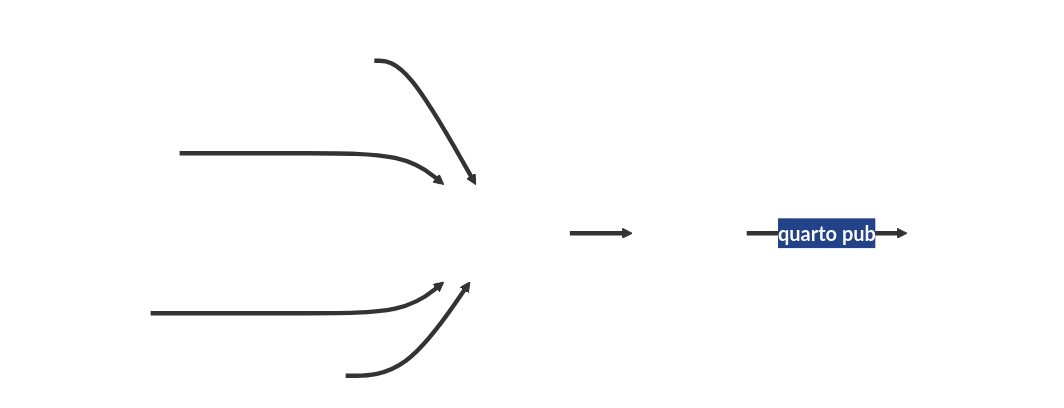
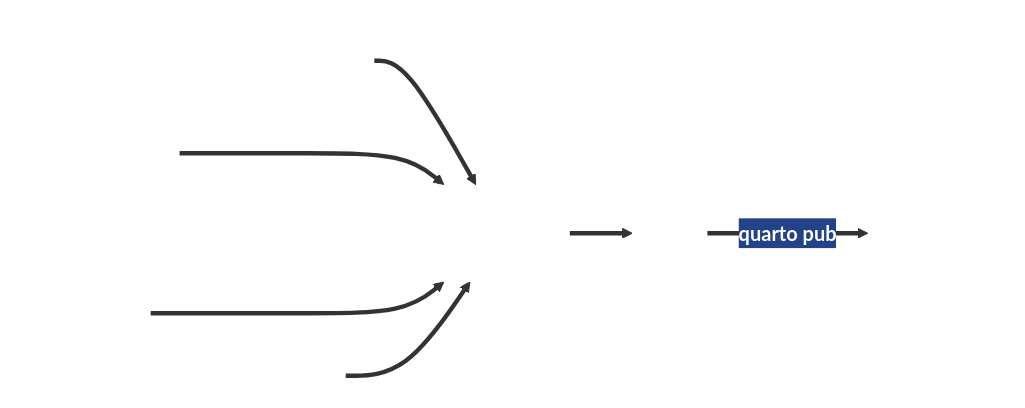
The third of 3 diagrams in index.qmd (vhgauto/seminario2-gulich), drawn with Mermaid before and after one commit. The commit also changed other lines of this file and 3 other files, not shown here.

Commit message:
cambios menores, logos, secciones, mermaid de quarto

````diff
--- a/index.qmd
+++ b/index.qmd
@@ -537,25 +568,28 @@
 ```{mermaid workflow-quarto}
 %%{
   init: {
     'themeVariables': {
       'edgeLabelBackground': '#224289',
       'edgeLabel': 'red'
     }
   }
 }%%
 
 flowchart LR
   s1[<span class="ant-design--code-filled"></span><br>scripts]:::e1 ==> q1[<span class="simple-icons--quarto"></span><br>quarto]:::e1
 
   s2[<span class="material-symbols--markdown"></span><br>markdown]:::e1 ===> q1
 
   s3[<span class="fe--document"></span><br>text]:::e1 ===> q1
 
   s4[<span class="file-icons--latex"></span>]:::e1 ==> q1
 
-  q1 ==> h1[<span class="qlementine-icons--file-html-16"></span><br>html]:::e1
+  q1 ==> h1[<span class="bytesize--book"></span> <span class="lineicons--www"></span><br>
+            <span class="majesticons--presentation"></span> <span class="ic--round-dashboard"></span><br>
+            <span class="carbon--pdf"></span> <span class="carbon--html"></span><br>
+            <span class="carbon--doc"></span> <span class="carbon--ppt"></span>]:::e1
 
   h1 ==>|<b style='color:white'>quarto pub</b>| w1[<span class="mdi--web"></span><br>website]:::e1
 
   classDef e1 stroke:none,color:#FFFFFF,fill:none;
 ```
````
